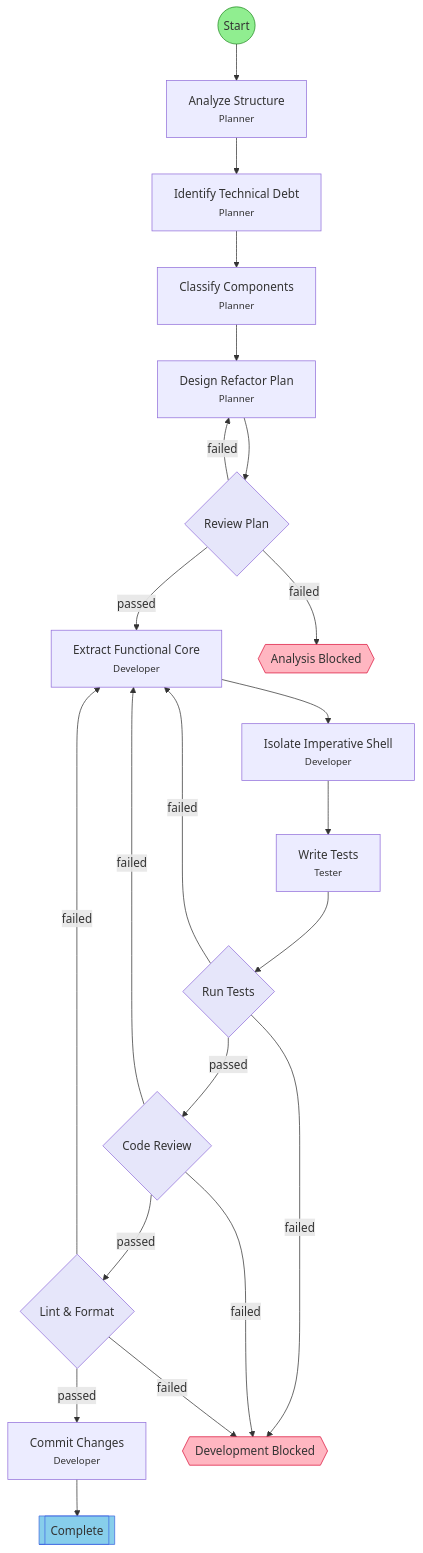
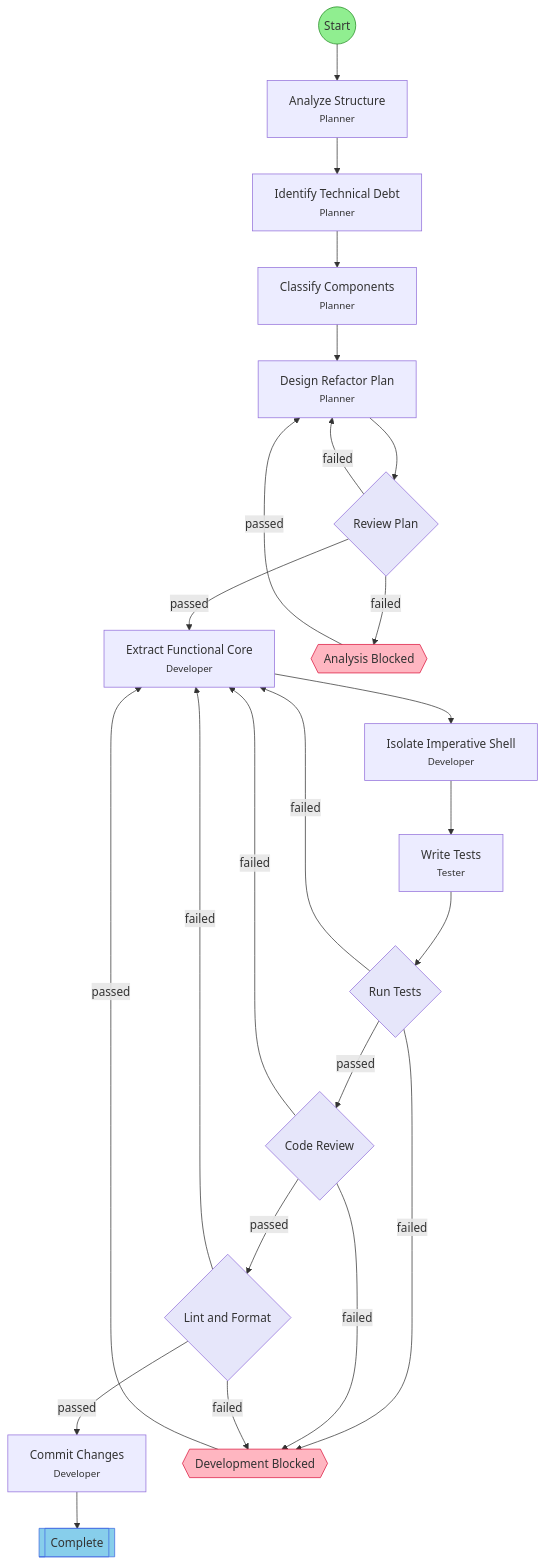
The diagram in .flow/diagrams/refactor.md (leclabs/agent-toolkit), drawn with Mermaid before and after one commit. The commit also changed other lines of this file and 23 other files, not shown here.

First line of the commit message:
feat: enrich fork responses with per-branch step info for parallel task sets

````diff
--- a/.flow/diagrams/refactor.md
+++ b/.flow/diagrams/refactor.md
@@ -7,51 +7,54 @@
 ```mermaid
 flowchart TD
     start(("Start"))
     analyze_structure["Analyze Structure<br/><small>Planner</small>"]
     identify_debt["Identify Technical Debt<br/><small>Planner</small>"]
     classify_components["Classify Components<br/><small>Planner</small>"]
     design_refactor["Design Refactor Plan<br/><small>Planner</small>"]
     plan_review{"Review Plan"}
     extract_core["Extract Functional Core<br/><small>Developer</small>"]
     isolate_shell["Isolate Imperative Shell<br/><small>Developer</small>"]
     write_tests["Write Tests<br/><small>Tester</small>"]
     run_tests{"Run Tests"}
     code_review{"Code Review"}
-    lint_format{"Lint & Format"}
+    lint_format{"Lint and Format"}
     commit["Commit Changes<br/><small>Developer</small>"]
     end_success[["Complete"]]
     hitl_analysis_failed{{"Analysis Blocked"}}
     hitl_dev_failed{{"Development Blocked"}}
 
     start --> analyze_structure
     analyze_structure --> identify_debt
     identify_debt --> classify_components
     classify_components --> design_refactor
     design_refactor --> plan_review
     plan_review -->|failed| design_refactor
     plan_review -->|failed| hitl_analysis_failed
     plan_review -->|passed| extract_core
     extract_core --> isolate_shell
     isolate_shell --> write_tests
     write_tests --> run_tests
     run_tests -->|failed| extract_core
     run_tests -->|failed| hitl_dev_failed
     run_tests -->|passed| code_review
     code_review -->|failed| extract_core
     code_review -->|failed| hitl_dev_failed
     code_review -->|passed| lint_format
     lint_format -->|passed| commit
     lint_format -->|failed| extract_core
     lint_format -->|failed| hitl_dev_failed
     commit --> end_success
+    hitl_analysis_failed -->|passed| design_refactor
+    hitl_dev_failed -->|passed| extract_core
 
     classDef startStep fill:#90EE90,stroke:#228B22
     classDef successStep fill:#87CEEB,stroke:#4169E1
     classDef hitlStep fill:#FFB6C1,stroke:#DC143C
     classDef gateStep fill:#E6E6FA,stroke:#9370DB
+    classDef forkJoinStep fill:#FFEAA7,stroke:#FDCB6E
     classDef currentStep fill:#FFD700,stroke:#FF8C00,stroke-width:3px
     class start startStep
     class end_success successStep
     class hitl_analysis_failed,hitl_dev_failed hitlStep
     class plan_review,run_tests,code_review,lint_format gateStep
 ```
````
